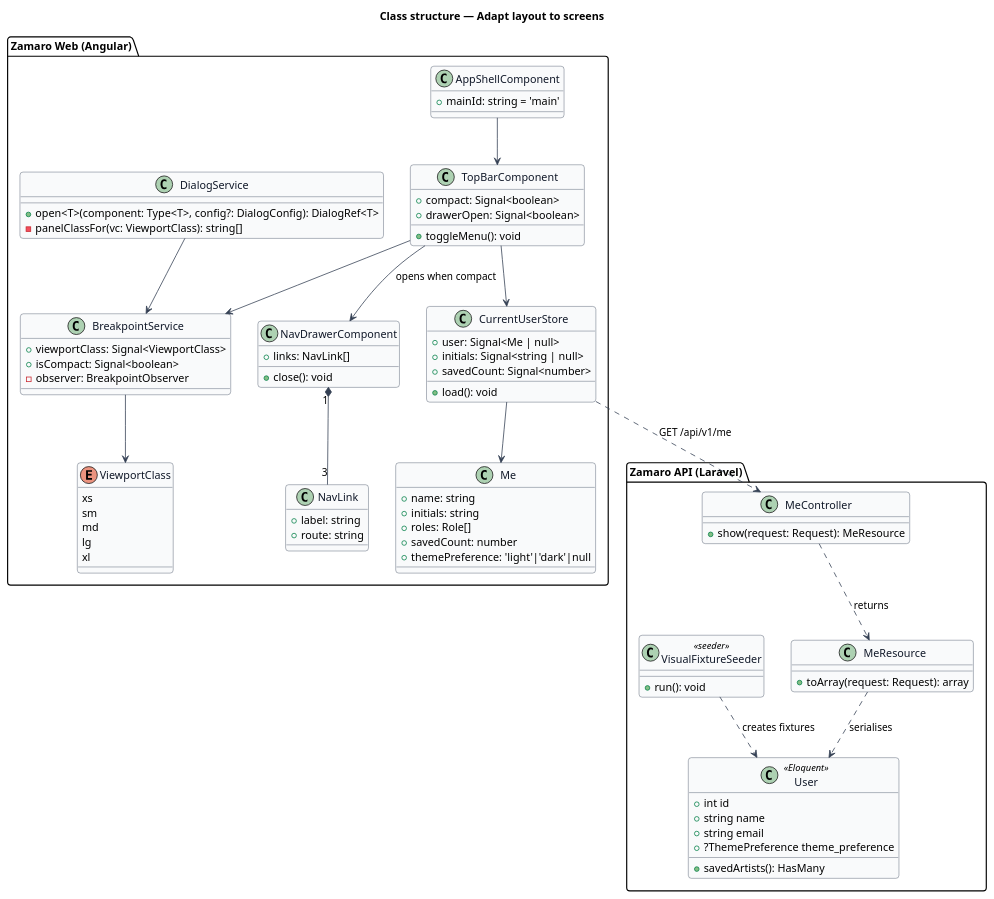
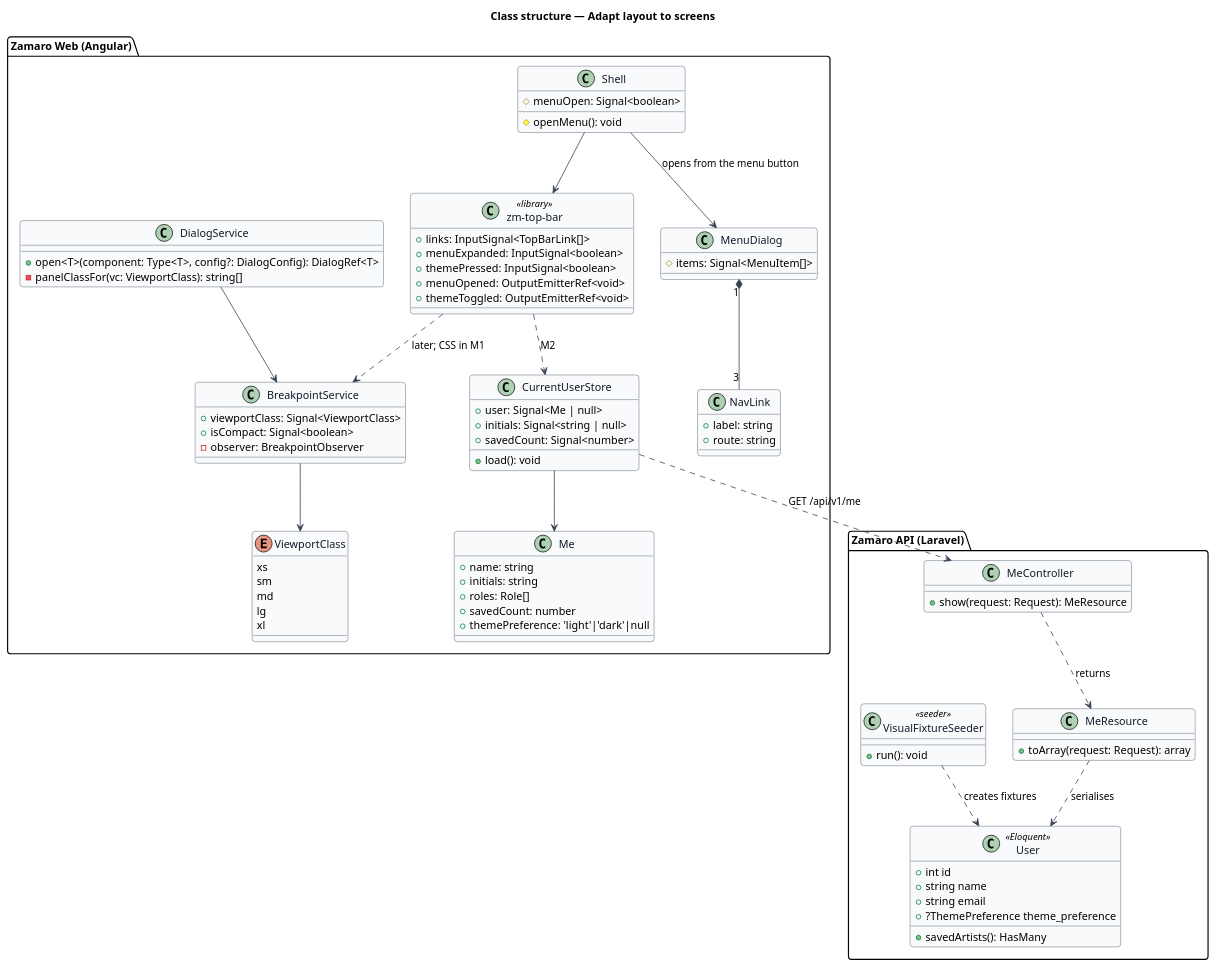
One commit to QuinntyneBrown/zamaro changed the diagram in docs/detailed-designs/user-experience/adapt-layout-to-screens/diagrams/class-structure.puml. Above: the diagram before and after it, drawn with PlantUML. The commit also changed 43 other files, not shown here.

```diff
--- a/docs/detailed-designs/user-experience/adapt-layout-to-screens/diagrams/class-structure.puml
+++ b/docs/detailed-designs/user-experience/adapt-layout-to-screens/diagrams/class-structure.puml
@@ -1,95 +1,97 @@
 @startuml
 ' --- shared skin header ---
 skinparam backgroundColor #FFFFFF
 skinparam shadowing false
 skinparam roundcorner 8
 skinparam defaultFontName Arial
 skinparam ArrowColor #344054
 skinparam class {
   BorderColor #344054
   FontColor #101828
   BackgroundColor #F9FAFB
 }
 ' --------------------------
 title Class structure — Adapt layout to screens
 
 package "Zamaro Web (Angular)" {
   enum ViewportClass {
     xs
     sm
     md
     lg
     xl
   }
   class BreakpointService {
     +viewportClass: Signal<ViewportClass>
     +isCompact: Signal<boolean>
     -observer: BreakpointObserver
   }
-  class AppShellComponent {
-    +mainId: string = 'main'
+  class Shell {
+    #menuOpen: Signal<boolean>
+    #openMenu(): void
   }
-  class TopBarComponent {
-    +compact: Signal<boolean>
-    +drawerOpen: Signal<boolean>
-    +toggleMenu(): void
+  class "zm-top-bar" as TopBar <<library>> {
+    +links: InputSignal<TopBarLink[]>
+    +menuExpanded: InputSignal<boolean>
+    +themePressed: InputSignal<boolean>
+    +menuOpened: OutputEmitterRef<void>
+    +themeToggled: OutputEmitterRef<void>
   }
-  class NavDrawerComponent {
-    +links: NavLink[]
-    +close(): void
+  class MenuDialog {
+    #items: Signal<MenuItem[]>
   }
   class NavLink {
     +label: string
     +route: string
   }
   class DialogService {
     +open<T>(component: Type<T>, config?: DialogConfig): DialogRef<T>
     -panelClassFor(vc: ViewportClass): string[]
   }
   class CurrentUserStore {
     +user: Signal<Me | null>
     +initials: Signal<string | null>
     +savedCount: Signal<number>
     +load(): void
   }
   class Me {
     +name: string
     +initials: string
     +roles: Role[]
     +savedCount: number
     +themePreference: 'light'|'dark'|null
   }
 }
 
 package "Zamaro API (Laravel)" {
   class MeController {
     +show(request: Request): MeResource
   }
   class MeResource {
     +toArray(request: Request): array
   }
   class User <<Eloquent>> {
     +int id
     +string name
     +string email
     +?ThemePreference theme_preference
     +savedArtists(): HasMany
   }
   class VisualFixtureSeeder <<seeder>> {
     +run(): void
   }
 }
 
-AppShellComponent --> TopBarComponent
-TopBarComponent --> BreakpointService
-TopBarComponent --> NavDrawerComponent : opens when compact
-NavDrawerComponent "1" *-- "3" NavLink
-TopBarComponent --> CurrentUserStore
+Shell --> TopBar
+TopBar ..> BreakpointService : later; CSS in M1
+Shell --> MenuDialog : opens from the menu button
+MenuDialog "1" *-- "3" NavLink
+TopBar ..> CurrentUserStore : M2
 DialogService --> BreakpointService
 BreakpointService --> ViewportClass
 CurrentUserStore --> Me
 CurrentUserStore ..> MeController : GET /api/v1/me
 MeController ..> MeResource : returns
 MeResource ..> User : serialises
 VisualFixtureSeeder ..> User : creates fixtures
 @enduml
```
